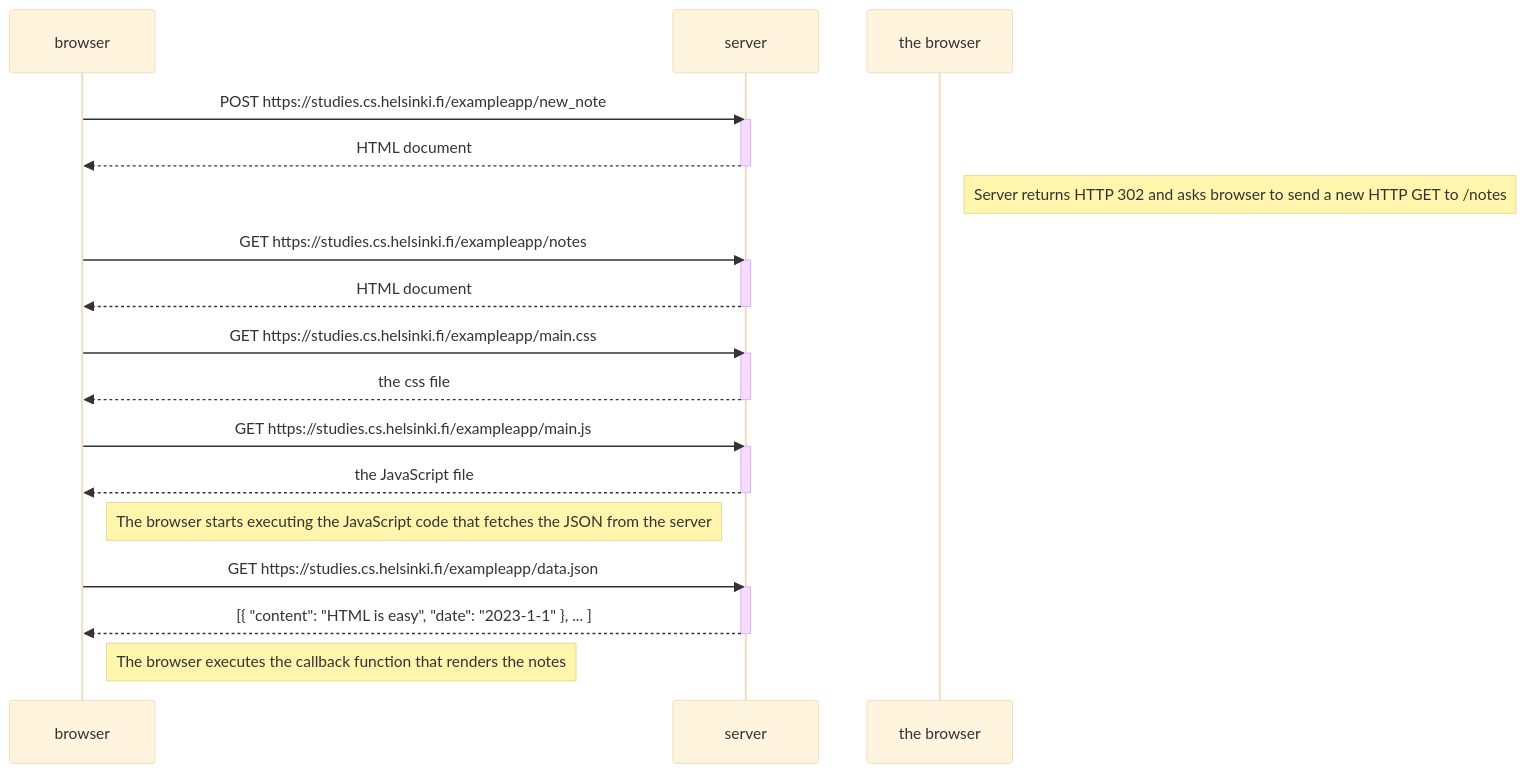
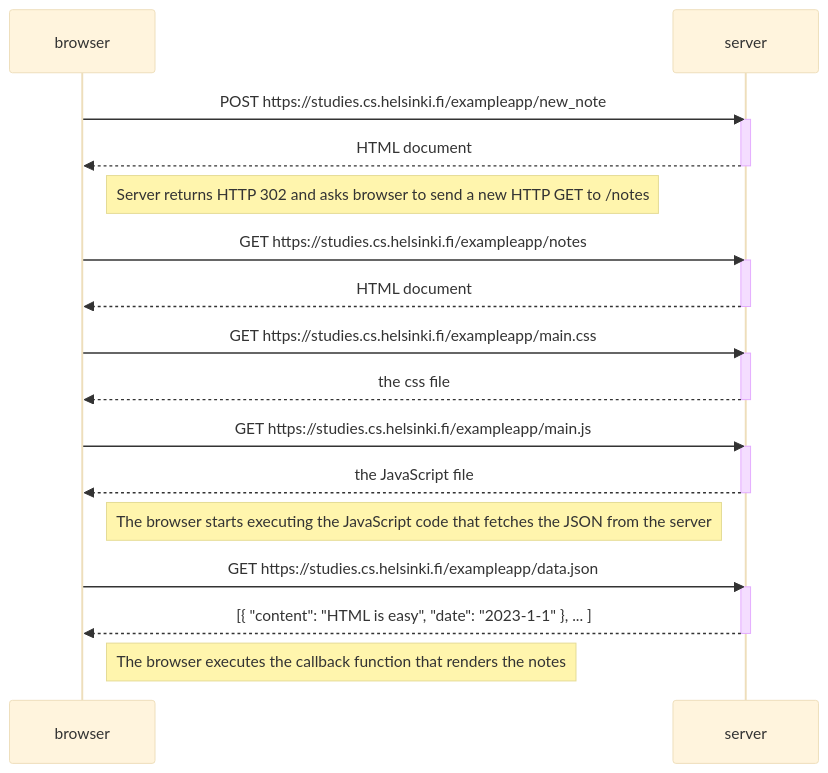
The diagram in Osa-0/0.4 Uusi muistiinpano.md (joonaspaavola/FullStackMOOC), drawn with Mermaid (base theme) before and after one commit.

Commit message:
Update 0.4 Uusi muistiinpano.md

````diff
--- a/Osa-0/0.4 Uusi muistiinpano.md
+++ b/Osa-0/0.4 Uusi muistiinpano.md
@@ -1,36 +1,36 @@
 ```mermaid
 sequenceDiagram
     participant browser
     participant server
 
     browser->>server: POST https://studies.cs.helsinki.fi/exampleapp/new_note
     activate server
     server-->>browser: HTML document
     deactivate server
 
-    Note right of the browser: Server returns HTTP 302 and asks browser to send a new HTTP GET to /notes
+    Note right of browser: Server returns HTTP 302 and asks browser to send a new HTTP GET to /notes
 
     browser->>server: GET https://studies.cs.helsinki.fi/exampleapp/notes
     activate server
     server-->>browser: HTML document
     deactivate server
     
     browser->>server: GET https://studies.cs.helsinki.fi/exampleapp/main.css
     activate server
     server-->>browser: the css file
     deactivate server
     
     browser->>server: GET https://studies.cs.helsinki.fi/exampleapp/main.js
     activate server
     server-->>browser: the JavaScript file
     deactivate server
 
     Note right of browser: The browser starts executing the JavaScript code that fetches the JSON from the server
     
     browser->>server: GET https://studies.cs.helsinki.fi/exampleapp/data.json
     activate server
     server-->>browser: [{ "content": "HTML is easy", "date": "2023-1-1" }, ... ]
     deactivate server    
 
     Note right of browser: The browser executes the callback function that renders the notes
 ```
````
